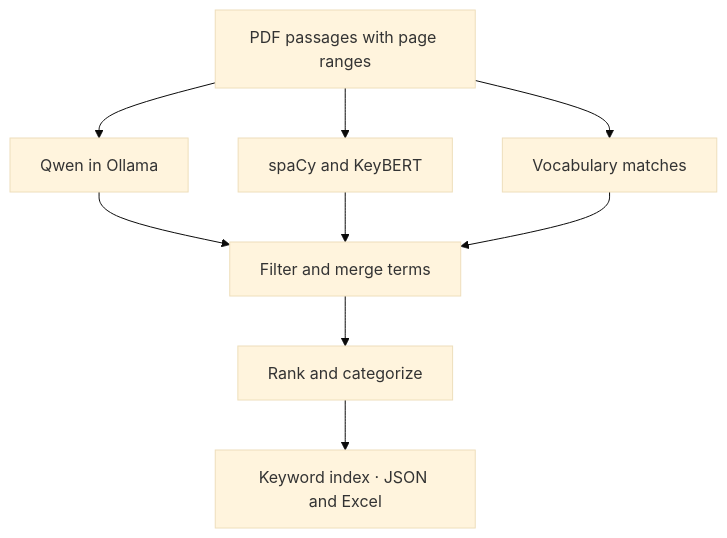
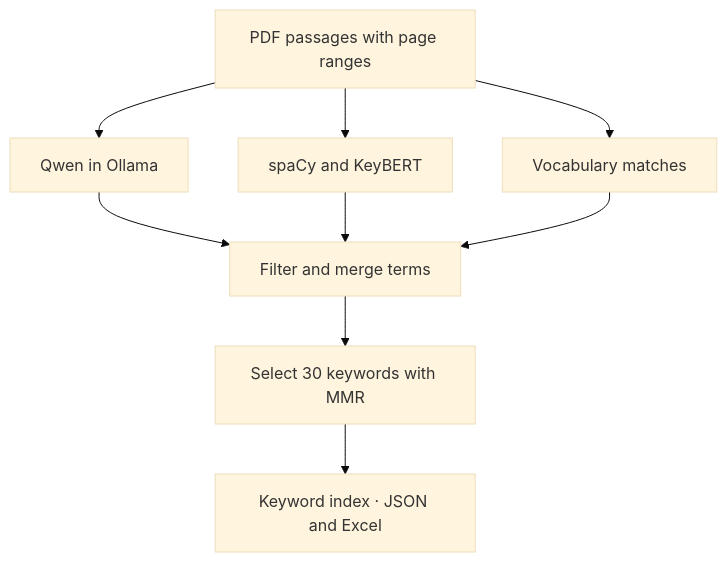
Before and after one commit to Shilpeekumari23/RAG-Based-Keyword-Extraction: the diagram in README.md, drawn with Mermaid (base theme). The commit also changed other lines of this file, not shown here.

Commit message:
Document the final 30 MMR-ranked keywords and matching run command

````diff
--- a/README.md
+++ b/README.md
@@ -13,12 +13,12 @@
 ```mermaid
 flowchart TD
     P["PDF passages with page ranges"]
     P --> Q["Qwen in Ollama"]
     P --> K["spaCy and KeyBERT"]
     P --> V["Vocabulary matches"]
     Q --> M["Filter and merge terms"]
     K --> M
     V --> M
-    M --> R["Rank and categorize"]
+    M --> R["Select 30 keywords with MMR"]
     R --> O["Keyword index · JSON and Excel"]
 ```
````
